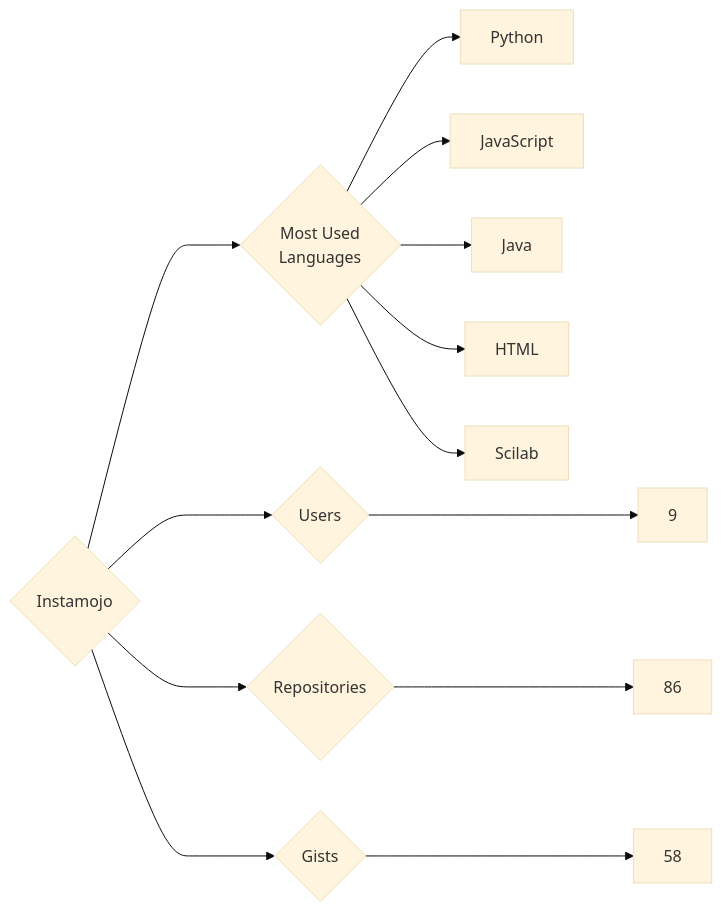
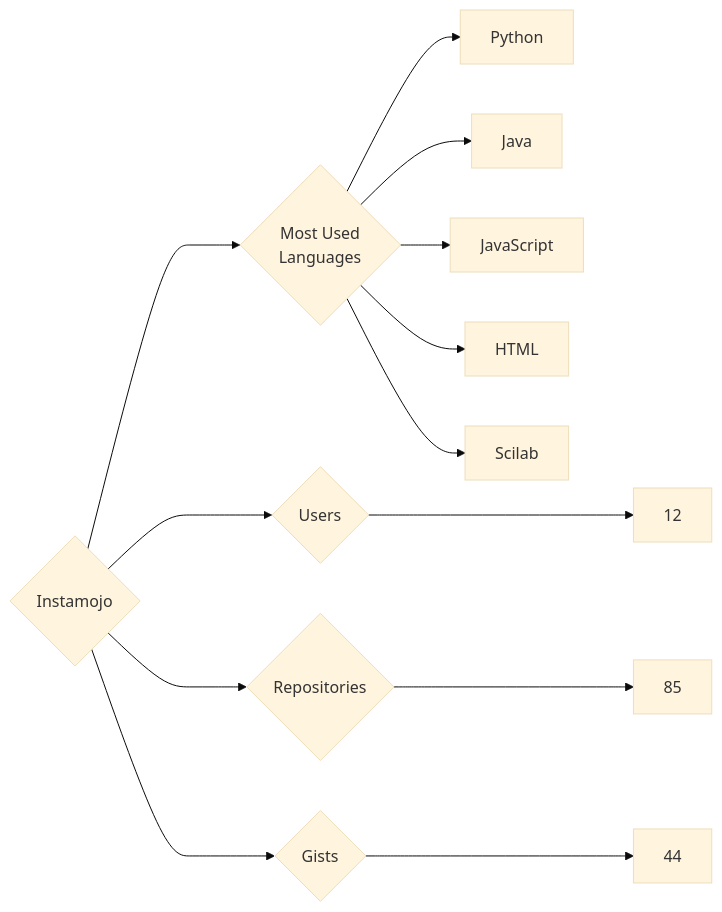
Before and after one commit to trickest/insiders: the diagram in targets/Instamojo/README.md, drawn with Mermaid (base theme). The commit also changed 891 other files, not shown here.

````diff
--- a/targets/Instamojo/README.md
+++ b/targets/Instamojo/README.md
@@ -3,13 +3,13 @@
 ```mermaid
 graph LR
 COMPANY_NAME{Instamojo}
-COMPANY_NAME ---> U{Users} ---> UN[9]
-COMPANY_NAME ---> R{Repositories} ---> RN[86]
-COMPANY_NAME ---> G{Gists} ---> GN[58]
+COMPANY_NAME ---> U{Users} ---> UN[12]
+COMPANY_NAME ---> R{Repositories} ---> RN[85]
+COMPANY_NAME ---> G{Gists} ---> GN[44]
 COMPANY_NAME ---> ML{Most Used<br>Languages}
 ML --> Python[Python]
+ML --> Java[Java]
 ML --> JavaScript[JavaScript]
-ML --> Java[Java]
 ML --> HTML[HTML]
 ML --> Scilab[Scilab]
 ```
````
